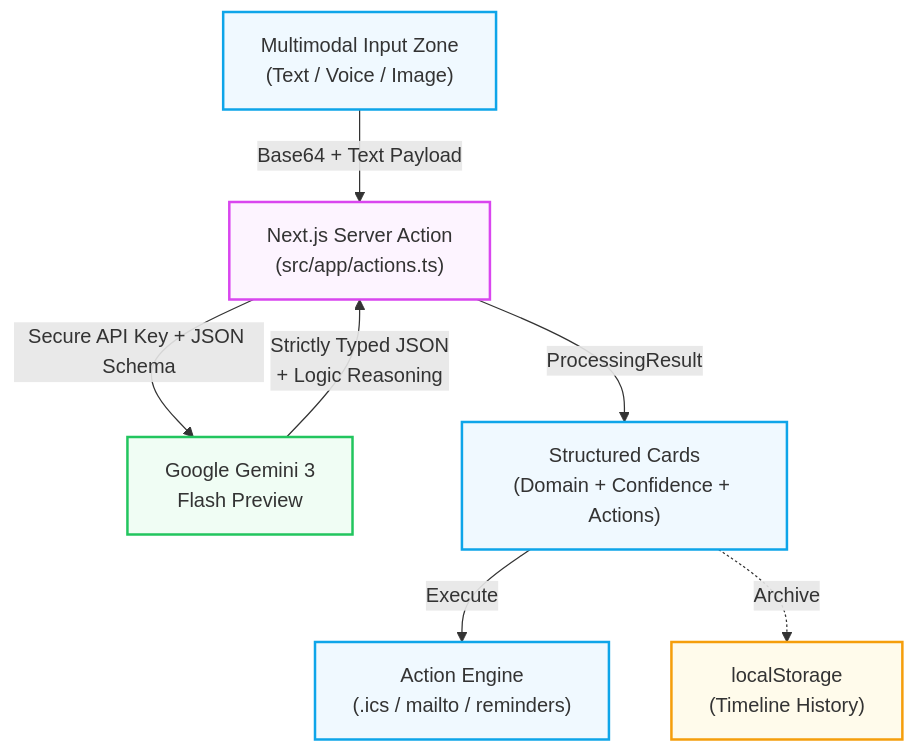
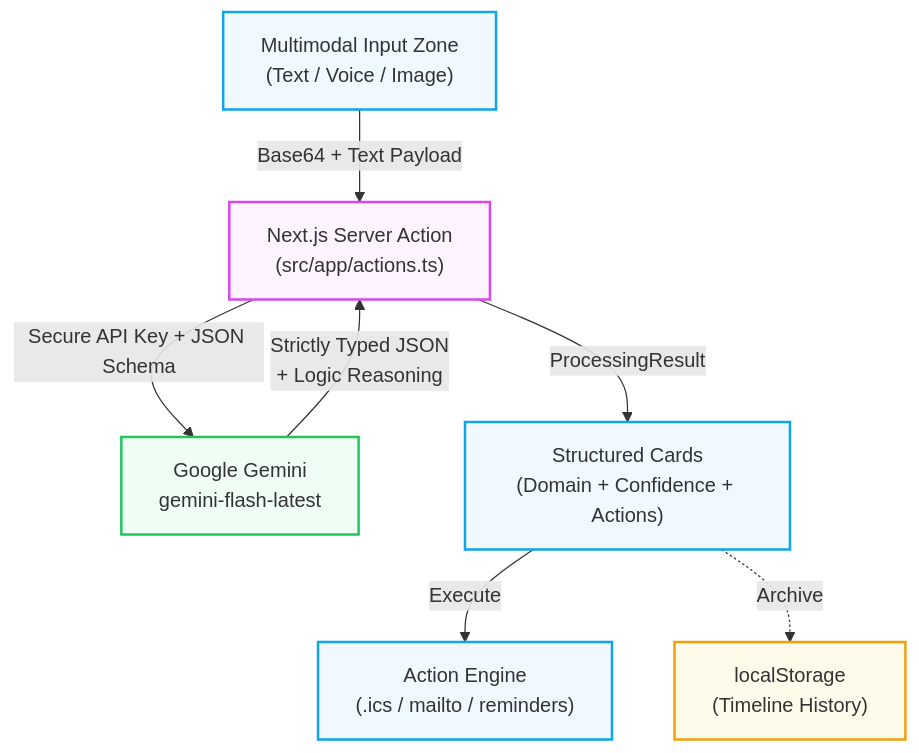
One commit to DecentralizedJM/PromptWar changed the first of 3 diagrams in README.md. Above: the diagram before and after it, drawn with Mermaid. The commit also changed other lines of this file, not shown here.

Commit message:
docs: align README with Gemini model, i18n, branding, and stack

````diff
--- a/README.md
+++ b/README.md
@@ -88,14 +99,14 @@
 ```mermaid
 graph TD
     classDef client fill:#f0f9ff,stroke:#0ea5e9,stroke-width:2px
     classDef server fill:#fdf4ff,stroke:#d946ef,stroke-width:2px
     classDef ai fill:#f0fdf4,stroke:#22c55e,stroke-width:2px
     classDef store fill:#fffbeb,stroke:#f59e0b,stroke-width:2px
 
     Input["Multimodal Input Zone<br/>(Text / Voice / Image)"]:::client -->|Base64 + Text Payload| SA["Next.js Server Action<br/>(src/app/actions.ts)"]:::server
-    SA -->|Secure API Key + JSON Schema| Gemini["Google Gemini 3<br/>Flash Preview"]:::ai
+    SA -->|Secure API Key + JSON Schema| Gemini["Google Gemini<br/>gemini-flash-latest"]:::ai
     Gemini -->|Strictly Typed JSON<br/>+ Logic Reasoning| SA
     SA -->|ProcessingResult| Cards["Structured Cards<br/>(Domain + Confidence + Actions)"]:::client
     Cards -->|Execute| Actions["Action Engine<br/>(.ics / mailto / reminders)"]:::client
     Cards -.->|Archive| LS["localStorage<br/>(Timeline History)"]:::store
 ```
````
